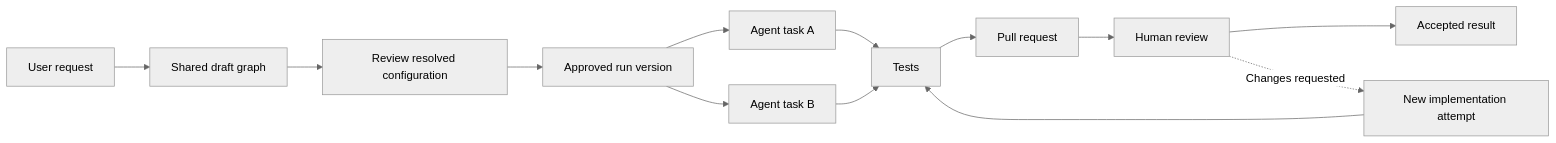
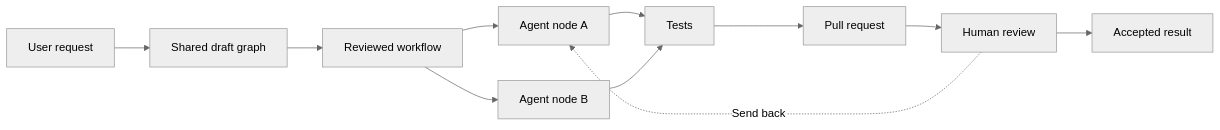
The diagram in docs/product-direction.md (Mano-Liaoyan/iDevelop), drawn with Mermaid (neutral theme) before and after one commit. The commit also changed other lines of this file and 61 other files, not shown here.

````diff
--- a/docs/product-direction.md
+++ b/docs/product-direction.md
@@ -81,15 +81,13 @@
 ```mermaid
 flowchart LR
     Request[User request] --> Draft[Shared draft graph]
-    Draft --> Review[Review resolved configuration]
-    Review --> Run[Approved run version]
-    Run --> A[Agent task A]
-    Run --> B[Agent task B]
+    Draft --> Review[Reviewed workflow]
+    Review --> A[Agent node A]
+    Review --> B[Agent node B]
     A --> Test[Tests]
     B --> Test
     Test --> PR[Pull request]
     PR --> Human[Human review]
     Human --> Done[Accepted result]
-    Human -. Changes requested .-> Retry[New implementation attempt]
-    Retry --> Test
+    Human -. Send back .-> A
 ```
````
